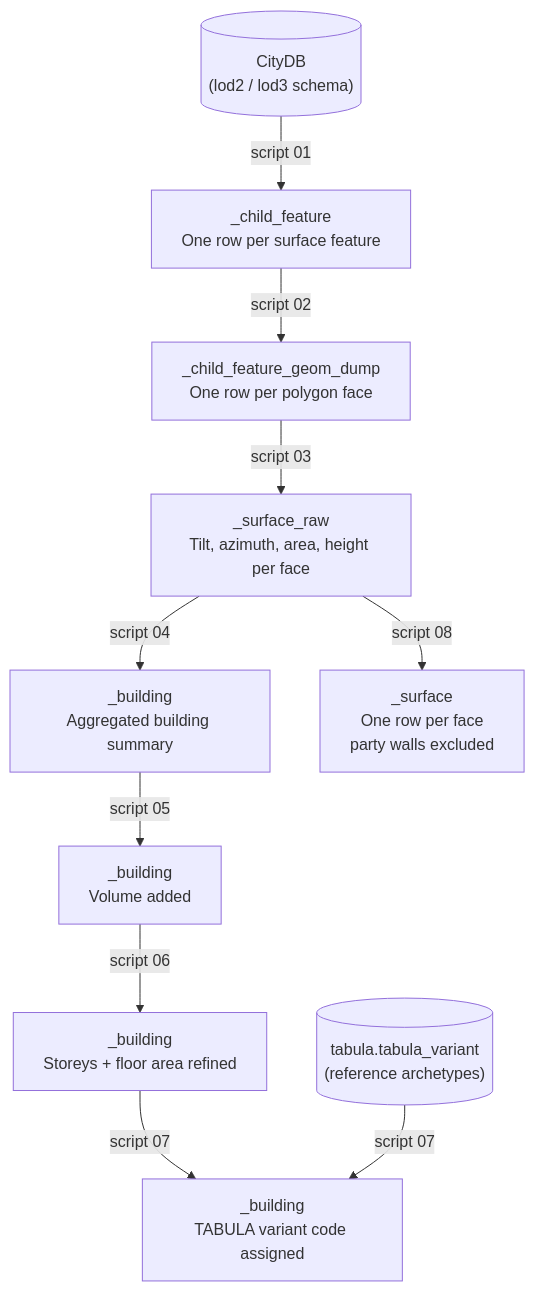
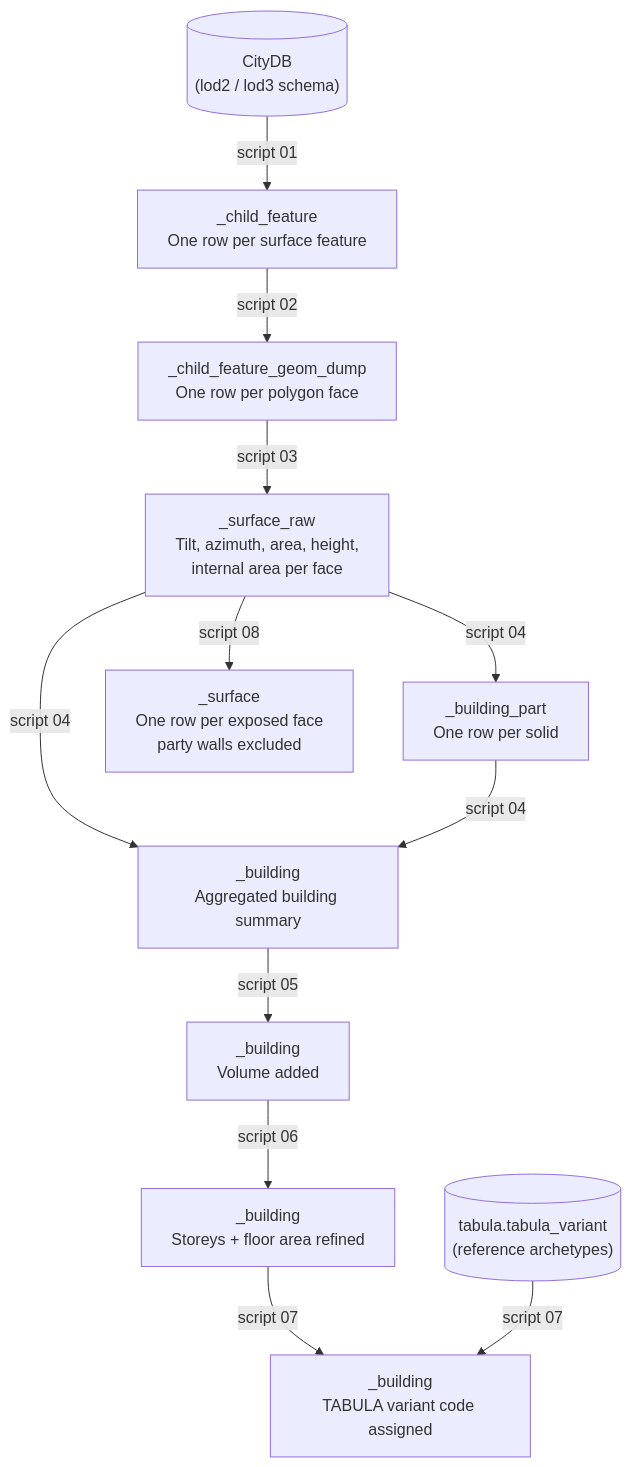
The diagram in docs/code/sql-pipeline/index.md (THD-Spatial-AI/city2tabula), drawn with Mermaid before and after one commit. The commit also changed other lines of this file and 16 other files, not shown here.

First line of the commit message:
fix: aggregate BuildingParts into one row per Building (#150)

````diff
--- a/docs/code/sql-pipeline/index.md
+++ b/docs/code/sql-pipeline/index.md
@@ -30,12 +30,14 @@
 ```mermaid
 flowchart TD
     A[("CityDB<br>(lod2 / lod3 schema)")] -->|script 01| B["_child_feature<br>One row per surface feature"]
     B -->|script 02| C["_child_feature_geom_dump<br>One row per polygon face"]
-    C -->|script 03| D["_surface_raw<br>Tilt, azimuth, area, height per face"]
+    C -->|script 03| D["_surface_raw<br>Tilt, azimuth, area, height,<br>internal area per face"]
+    D -->|script 04| P["_building_part<br>One row per solid"]
     D -->|script 04| E["_building<br>Aggregated building summary"]
+    P -->|script 04| E
     E -->|script 05| F["_building<br>Volume added"]
     F -->|script 06| G["_building<br>Storeys + floor area refined"]
     G -->|script 07| H["_building<br>TABULA variant code assigned"]
     I[("tabula.tabula_variant<br>(reference archetypes)")] -->|script 07| H
-    D -->|script 08| J["_surface<br>One row per face<br>party walls excluded"]
+    D -->|script 08| J["_surface<br>One row per exposed face<br>party walls excluded"]
 ```
````
